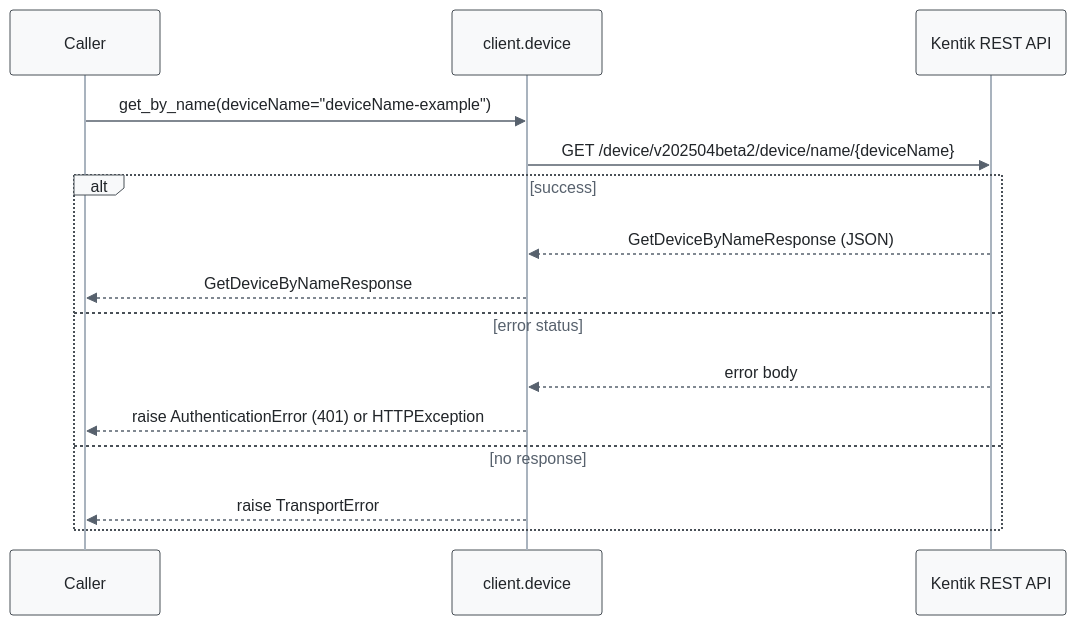
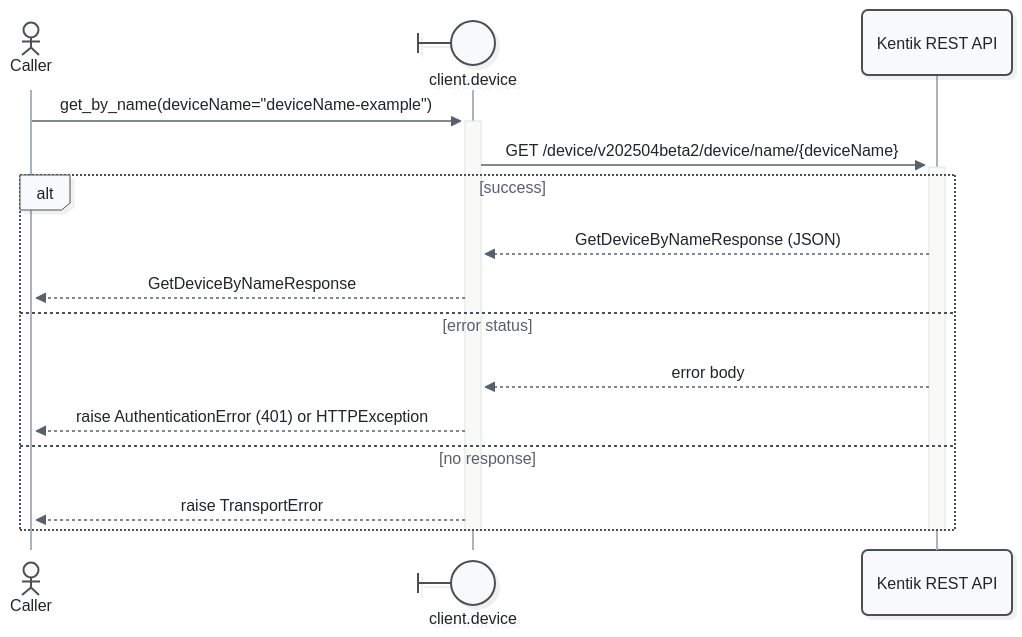
Before and after one commit to alexdearaujo/community_sdk_python: diagram 11 of 21 in docs/sphinx/services/device.md, drawn with Mermaid. The commit also changed other lines of this file and 52 other files, not shown here.

First line of the commit message:
docs: Mermaid 12 sequence diagrams with participant types and path colors

````diff
--- a/docs/sphinx/services/device.md
+++ b/docs/sphinx/services/device.md
@@ -426,19 +451,21 @@
 ```mermaid
-%%{init: {"theme": "base", "fontFamily": "ui-monospace, SFMono-Regular, Menlo, monospace", "themeVariables": {"fontFamily": "ui-monospace, SFMono-Regular, Menlo, monospace", "primaryColor": "#f8f9fa", "primaryBorderColor": "#495057", "primaryTextColor": "#212529", "textColor": "#212529", "lineColor": "#77818c", "edgeLabelBackground": "#ffffff", "actorBkg": "#f8f9fa", "actorBorder": "#495057", "actorTextColor": "#212529", "actorLineColor": "#a9b3be", "signalColor": "#57616d", "signalTextColor": "#212529", "labelBoxBkgColor": "#f8f9fa", "labelBoxBorderColor": "#495057", "labelTextColor": "#212529", "loopTextColor": "#57616d", "noteBkgColor": "#fff9db", "noteBorderColor": "#f08c00", "noteTextColor": "#a35a00"}, "flowchart": {"curve": "step", "nodeSpacing": 30, "rankSpacing": 70, "wrappingWidth": 400}}}%%
+%%{init: {"theme": "redux", "look": "neo", "layout": "dagre", "fontFamily": "ui-monospace, SFMono-Regular, Menlo, monospace", "themeVariables": {"fontFamily": "ui-monospace, SFMono-Regular, Menlo, monospace", "primaryColor": "#f8f9fa", "primaryBorderColor": "#495057", "primaryTextColor": "#212529", "textColor": "#212529", "lineColor": "#77818c", "edgeLabelBackground": "#ffffff", "actorBkg": "#f8f9fa", "actorBorder": "#495057", "actorTextColor": "#212529", "actorLineColor": "#a9b3be", "signalColor": "#57616d", "signalTextColor": "#212529", "labelBoxBkgColor": "#f8f9fa", "labelBoxBorderColor": "#495057", "labelTextColor": "#212529", "loopTextColor": "#57616d", "noteBkgColor": "#fff9db", "noteBorderColor": "#f08c00", "noteTextColor": "#a35a00"}, "sequence": {"activationWidth": 16}, "flowchart": {"curve": "step", "nodeSpacing": 30, "rankSpacing": 70, "wrappingWidth": 400}}}%%
 sequenceDiagram
-    participant C as Caller
-    participant W as client.device
+    actor C as Caller
+    participant W@{ "type": "boundary" } as client.device
     participant API as Kentik REST API
 
-    C->>W: get_by_name(deviceName="deviceName-example")
-    W->>API: GET /device/v202504beta2/device/name/{deviceName}
+    C->>+W: get_by_name(deviceName="deviceName-example")
+    W->>+API: GET /device/v202504beta2/device/name/{deviceName}
     alt success
         API-->>W: GetDeviceByNameResponse (JSON)
         W-->>C: GetDeviceByNameResponse
     else error status
         API-->>W: error body
         W-->>C: raise AuthenticationError (401) or HTTPException
     else no response
         W-->>C: raise TransportError
     end
+    deactivate API
+    deactivate W
 ```
````
